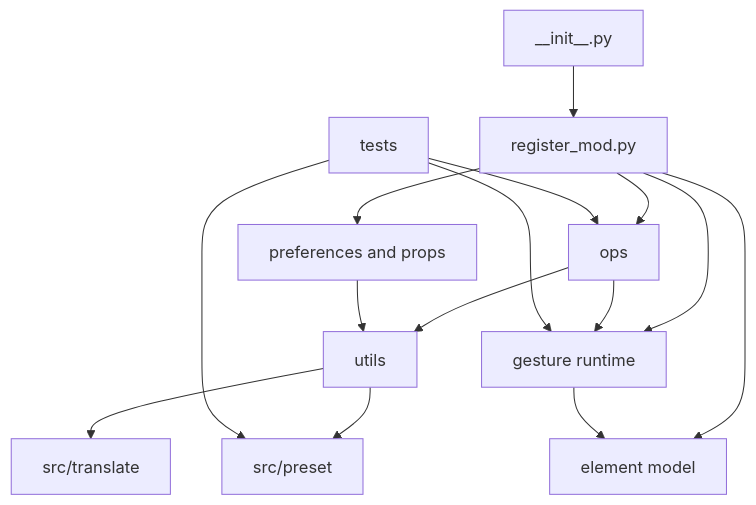
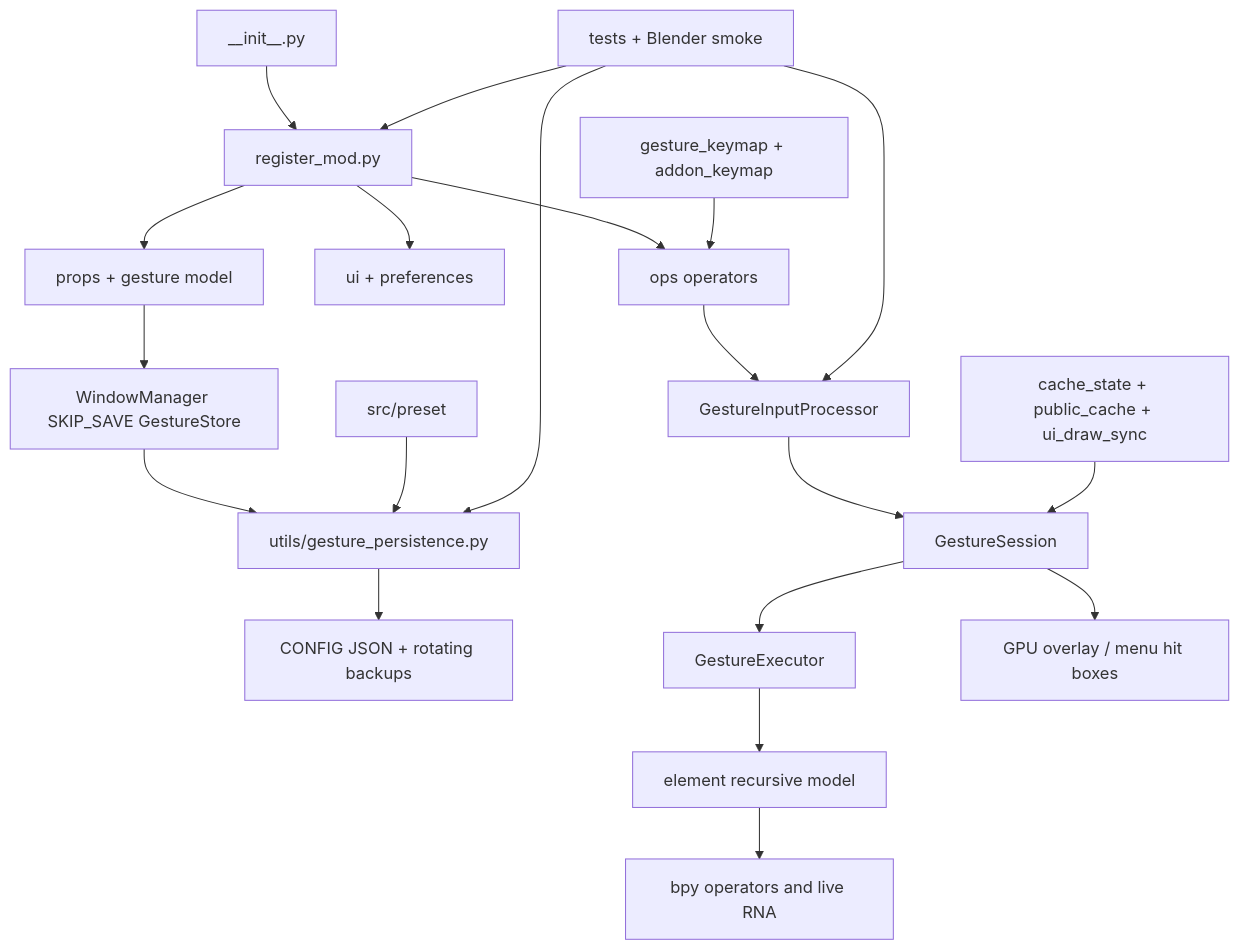
The diagram in PROJECT_CONTEXT.md (AIGODLIKE/gesture_helper), drawn with Mermaid before and after one commit. The commit also changed other lines of this file, not shown here.

First line of the commit message:
docs(project): update project documentation with detailed architecture overview

````diff
--- a/PROJECT_CONTEXT.md
+++ b/PROJECT_CONTEXT.md
@@ -80,17 +75,22 @@
 ```mermaid
 flowchart TD
-    Entry[__init__.py] --> Register[register_mod.py]
-    Register --> Prefs[preferences and props]
-    Register --> Gesture[gesture runtime]
-    Register --> Elements[element model]
-    Register --> Ops[ops]
-    Gesture --> Elements
-    Ops --> Gesture
-    Ops --> Utils[utils]
-    Prefs --> Utils
-    Utils --> Presets[src/preset]
-    Utils --> Translation[src/translate]
-    Tests[tests] --> Gesture
-    Tests --> Ops
-    Tests --> Presets
+    Entry[__init__.py] --> Reg[register_mod.py]
+    Reg --> RNA[props + gesture model]
+    Reg --> UI[ui + preferences]
+    Reg --> Ops[ops operators]
+    RNA --> Store[WindowManager SKIP_SAVE GestureStore]
+    Store --> Persist[utils/gesture_persistence.py]
+    Persist --> JSON[CONFIG JSON + rotating backups]
+    Ops --> Input[GestureInputProcessor]
+    Input --> Session[GestureSession]
+    Session --> Exec[GestureExecutor]
+    Exec --> Elements[element recursive model]
+    Elements --> Blender[bpy operators and live RNA]
+    Session --> Draw[GPU overlay / menu hit boxes]
+    Cache[cache_state + public_cache + ui_draw_sync] --> Session
+    Keymap[gesture_keymap + addon_keymap] --> Ops
+    Presets[src/preset] --> Persist
+    Tests[tests + Blender smoke] --> Reg
+    Tests --> Persist
+    Tests --> Input
 ```
````
